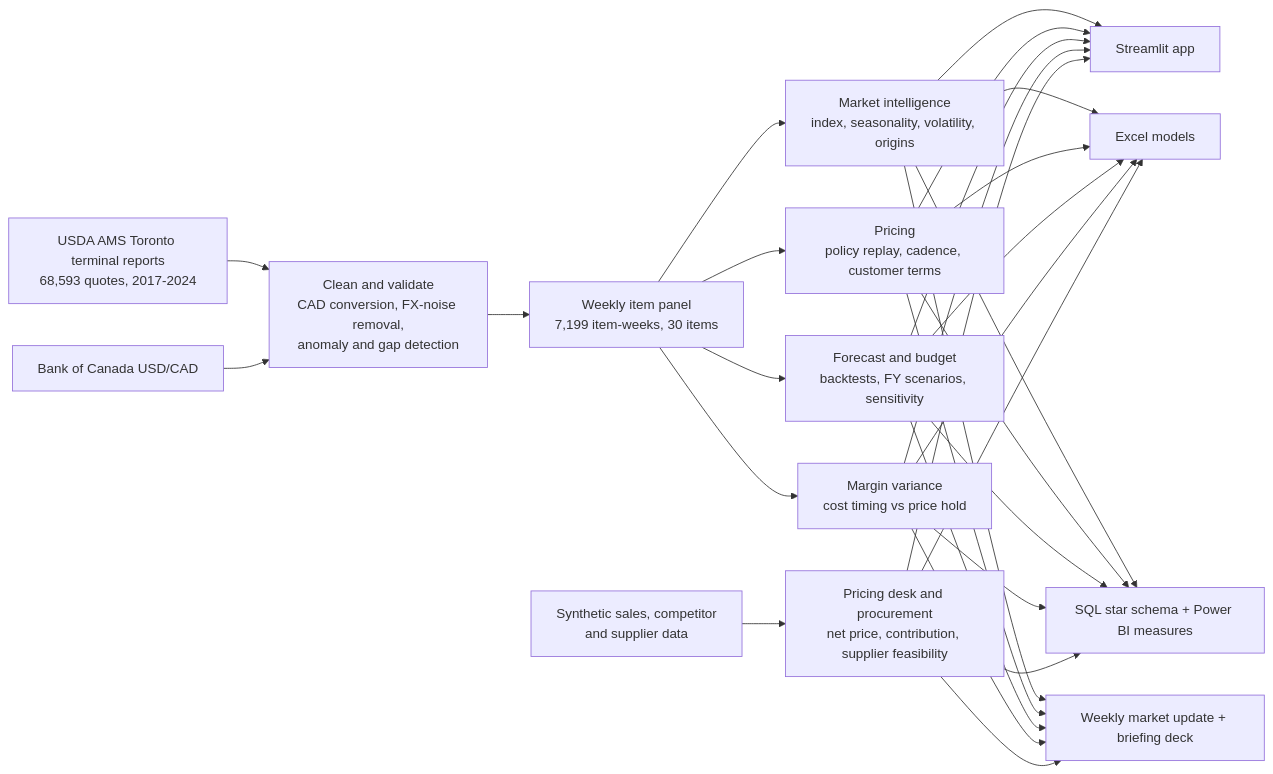
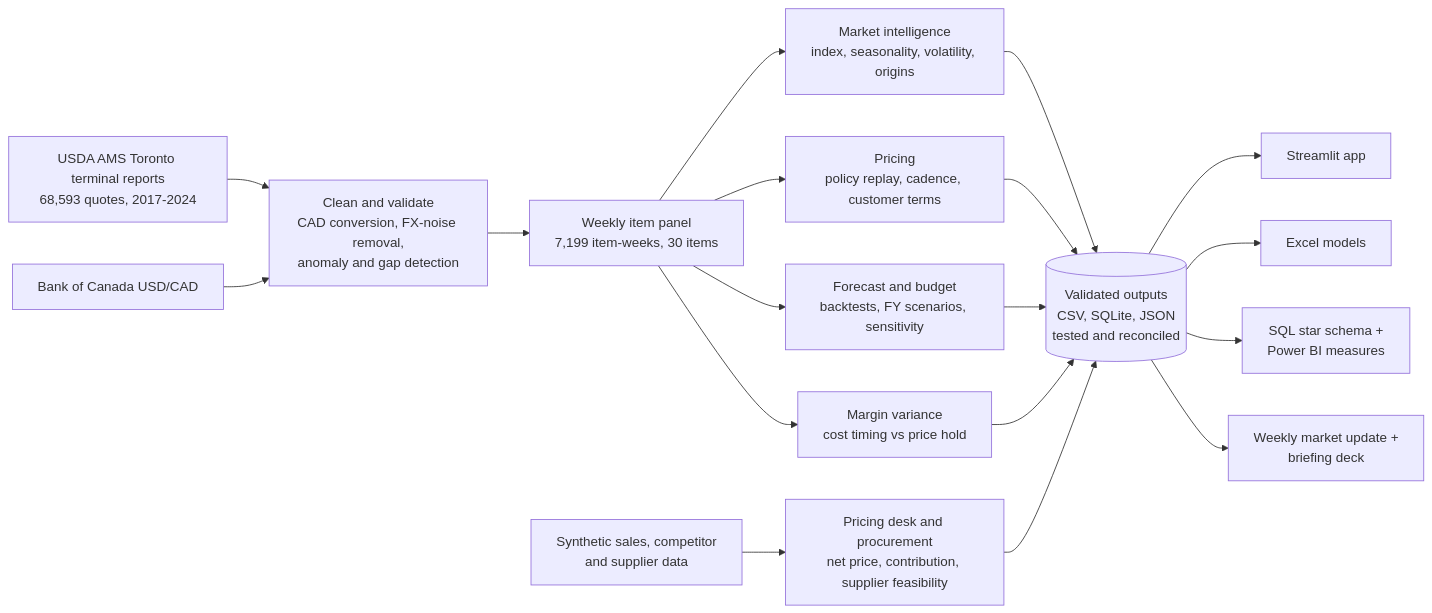
One commit to KushPatel29/toronto-produce-market-pulse changed the diagram in README.md. Above: the diagram before and after it, drawn with Mermaid. The commit also changed 1 other file, not shown here.

Commit message:
README: route pipeline diagram through one validated-outputs node
Claude-Session: https://claude.ai/code/session_01JaTnse24DguHM9wkpR9ee9

````diff
--- a/README.md
+++ b/README.md
@@ -40,15 +40,16 @@
 ```mermaid
 flowchart LR
     A[USDA AMS Toronto terminal reports<br/>68,593 quotes, 2017-2024] --> C[Clean and validate<br/>CAD conversion, FX-noise removal,<br/>anomaly and gap detection]
     B[Bank of Canada USD/CAD] --> C
     C --> D[Weekly item panel<br/>7,199 item-weeks, 30 items]
     D --> E[Market intelligence<br/>index, seasonality, volatility, origins]
     D --> F[Pricing<br/>policy replay, cadence, customer terms]
     D --> G[Forecast and budget<br/>backtests, FY scenarios, sensitivity]
     D --> H[Margin variance<br/>cost timing vs price hold]
     S[Synthetic sales, competitor<br/>and supplier data] --> I[Pricing desk and procurement<br/>net price, contribution, supplier feasibility]
-    E & F & G & H & I --> J[Streamlit app]
-    E & F & G & H & I --> K[Excel models]
-    E & F & G & H & I --> L[SQL star schema + Power BI measures]
-    E & F & G & H & I --> M[Weekly market update + briefing deck]
+    E & F & G & H & I --> O[(Validated outputs<br/>CSV, SQLite, JSON<br/>tested and reconciled)]
+    O --> J[Streamlit app]
+    O --> K[Excel models]
+    O --> L[SQL star schema +<br/>Power BI measures]
+    O --> M[Weekly market update +<br/>briefing deck]
 ```
````
